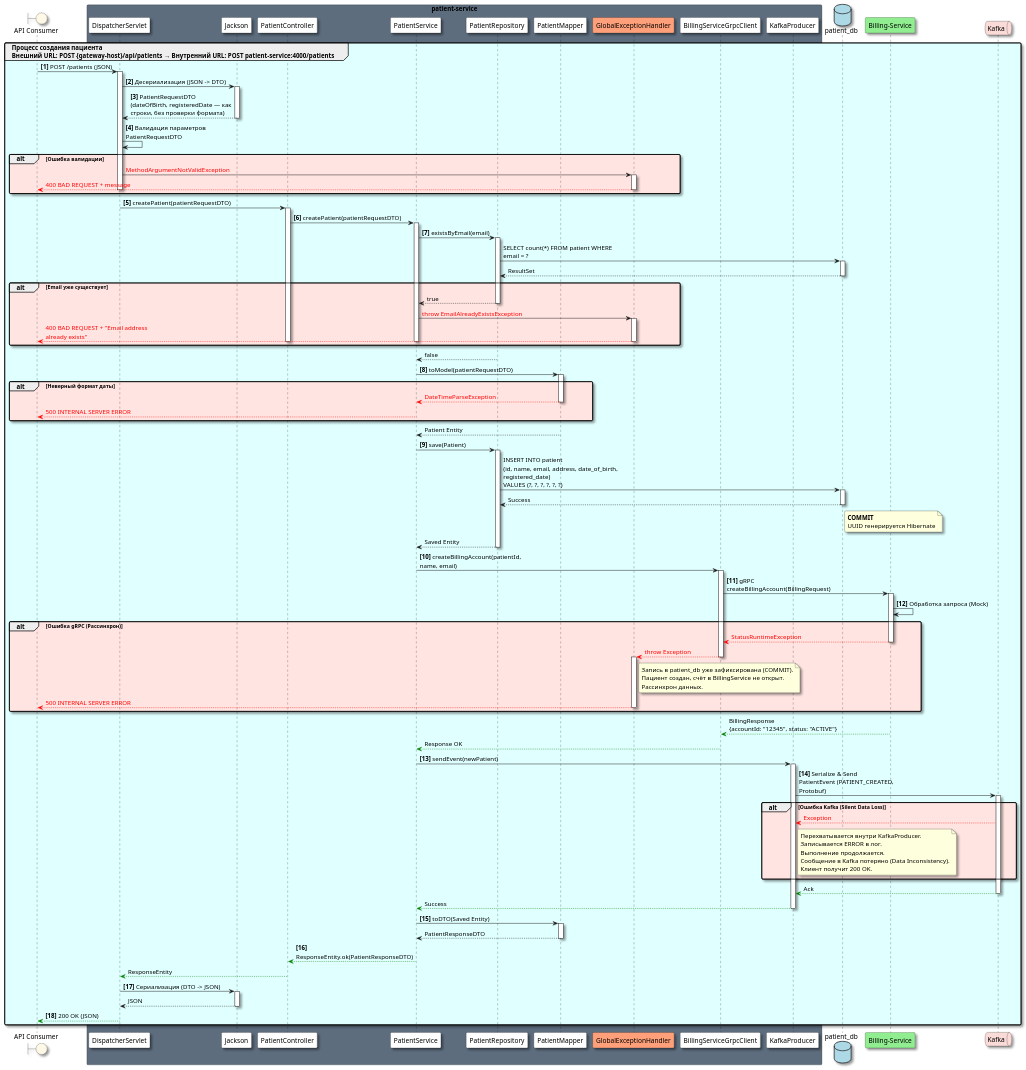
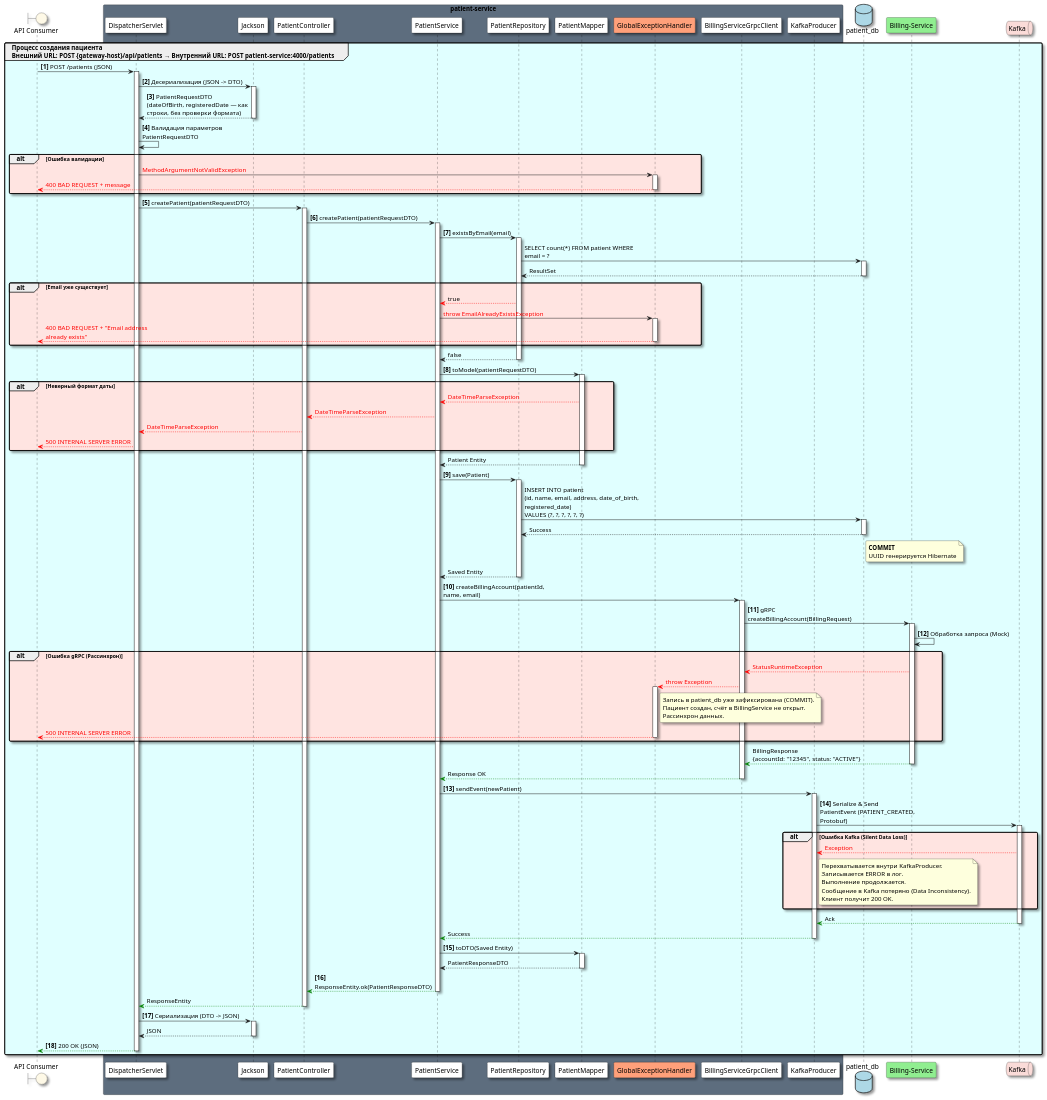
Before and after one commit to ni1a207/Healthcare-System: the diagram in Docs/As-is/Diagrams/POST.patients.puml, drawn with PlantUML. The commit also changed 5 other files, not shown here.

```diff
--- a/Docs/As-is/Diagrams/POST.patients.puml
+++ b/Docs/As-is/Diagrams/POST.patients.puml
@@ -1,148 +1,108 @@
 @startuml
 skinparam Shadowing true
 skinparam RoundCorner 5
 skinparam MaxMessageSize 250
 
 boundary "API Consumer" as AC #FEF9E7
 
 box "patient-service" #5D6D7E
     participant "DispatcherServlet" as DS #White
     participant "Jackson" as Jackson #White
     participant "PatientController" as Ctrl #White
     participant "PatientService" as Service #White
     participant "PatientRepository" as Repo #White
     participant "PatientMapper" as Mapper #White
     participant "GlobalExceptionHandler" as GEH #LightSalmon
     participant "BillingServiceGrpcClient" as Grpc #White
     participant "KafkaProducer" as Kafka #White
 end box
 
 database "patient_db" as DB #LightBlue
 participant "Billing-Service" as BS #LightGreen
 queue "Kafka" as KF #FADBD8
 
 group #LightCyan Процесс создания пациента\nВнешний URL: POST {gateway-host}/api/patients → Внутренний URL: POST patient-service:4000/patients
 
-    AC -> DS: **[1]** POST /patients (JSON)
-    activate DS
+    AC -> DS ++: **[1]** POST /patients (JSON)
 
-    DS -> Jackson: **[2]** Десериализация (JSON -> DTO)
-    activate Jackson
-    Jackson --> DS: **[3]** PatientRequestDTO\n(dateOfBirth, registeredDate — как строки, без проверки формата)
-    deactivate Jackson
+    DS -> Jackson ++: **[2]** Десериализация (JSON -> DTO)
+    Jackson --> DS --: **[3]** PatientRequestDTO\n(dateOfBirth, registeredDate — как строки, без проверки формата)
 
     DS -> DS: **[4]** Валидация параметров PatientRequestDTO
     alt #MistyRose Ошибка валидации
-        DS -> GEH: <color:#red>MethodArgumentNotValidException</color>
-        activate GEH
+        DS -> GEH ++: <color:#red>MethodArgumentNotValidException</color>
         GEH --[#red]> AC: <color:#red>400 BAD REQUEST + message</color>
         deactivate GEH
-        deactivate DS
     end
 
-    DS -> Ctrl: **[5]** createPatient(patientRequestDTO)
-    activate Ctrl
-
-    Ctrl -> Service: **[6]** createPatient(patientRequestDTO)
-    activate Service
-
-    Service -> Repo: **[7]** existsByEmail(email)
-    activate Repo
-    Repo -> DB: SELECT count(*) FROM patient WHERE email = ?
-    activate DB
-    DB --> Repo: ResultSet
-    deactivate DB
+    DS -> Ctrl ++: **[5]** createPatient(patientRequestDTO)
+    Ctrl -> Service ++: **[6]** createPatient(patientRequestDTO)
+    Service -> Repo ++: **[7]** existsByEmail(email)
+    Repo -> DB ++: SELECT count(*) FROM patient WHERE email = ?
+    DB --> Repo --: ResultSet
 
     alt #MistyRose Email уже существует
-        Repo --> Service: true
-        deactivate Repo
-        Service -> GEH: <color:#red>throw EmailAlreadyExistsException</color>
-        activate GEH
+        Repo --[#red]> Service: true
+        Service -> GEH ++: <color:#red>throw EmailAlreadyExistsException</color>
         GEH --[#red]> AC: <color:#red>400 BAD REQUEST + "Email address already exists"</color>
         deactivate GEH
-        deactivate Service
-        deactivate Ctrl
-        deactivate DS
     end
-    Repo --> Service: false
-    deactivate Repo
 
-    Service -> Mapper: **[8]** toModel(patientRequestDTO)
-    activate Mapper
+    Repo --> Service --: false
+
+    Service -> Mapper ++: **[8]** toModel(patientRequestDTO)
     alt #MistyRose Неверный формат даты
         Mapper --[#red]> Service: <color:#red>DateTimeParseException</color>
-        deactivate Mapper
-        Service --[#red]> AC: <color:#red>500 INTERNAL SERVER ERROR</color>
-        deactivate Service
-        deactivate Ctrl
-        deactivate DS
+        Service --[#red]> Ctrl: <color:#red>DateTimeParseException</color>
+        Ctrl --[#red]> DS: <color:#red>DateTimeParseException</color>
+        DS --[#red]> AC: <color:#red>500 INTERNAL SERVER ERROR</color>
     end
-    Mapper --> Service: Patient Entity
-    deactivate Mapper
+    Mapper --> Service --: Patient Entity
 
-    Service -> Repo: **[9]** save(Patient)
-    activate Repo
-    Repo -> DB: INSERT INTO patient\n(id, name, email, address, date_of_birth, registered_date)\nVALUES (?, ?, ?, ?, ?, ?)
-    activate DB
-    DB --> Repo: Success
-    deactivate DB
+    Service -> Repo ++: **[9]** save(Patient)
+    Repo -> DB ++: INSERT INTO patient\n(id, name, email, address, date_of_birth, registered_date)\nVALUES (?, ?, ?, ?, ?, ?)
+    DB --> Repo --: Success
     note right of DB: **COMMIT**\nUUID генерируется Hibernate
-    Repo --> Service: Saved Entity
-    deactivate Repo
+    Repo --> Service --: Saved Entity
 
-    Service -> Grpc: **[10]** createBillingAccount(patientId, name, email)
-    activate Grpc
-    Grpc -> BS: **[11]** gRPC createBillingAccount(BillingRequest)
-    activate BS
+    Service -> Grpc ++: **[10]** createBillingAccount(patientId, name, email)
+    Grpc -> BS ++: **[11]** gRPC createBillingAccount(BillingRequest)
     BS -> BS: **[12]** Обработка запроса (Mock)
+
     alt #MistyRose Ошибка gRPC (Рассинхрон)
         BS --[#red]> Grpc: <color:#red>StatusRuntimeException</color>
-        deactivate BS
-        Grpc --[#red]> GEH: <color:#red>throw Exception</color>
-        deactivate Grpc
-        activate GEH
+        Grpc --[#red]> GEH ++: <color:#red>throw Exception</color>
         note right of GEH: Запись в patient_db уже зафиксирована (COMMIT).\nПациент создан, счёт в BillingService не открыт.\nРассинхрон данных.
         GEH --[#red]> AC: <color:#red>500 INTERNAL SERVER ERROR</color>
         deactivate GEH
-        deactivate Service
-        deactivate Ctrl
-        deactivate DS
     end
-    BS --[#green]> Grpc: BillingResponse\n{accountId: "12345", status: "ACTIVE"}
-    deactivate BS
-    Grpc --[#green]> Service: Response OK
-    deactivate Grpc
 
-    Service -> Kafka: **[13]** sendEvent(newPatient)
-    activate Kafka
-    Kafka -> KF: **[14]** Serialize & Send\nPatientEvent (PATIENT_CREATED, Protobuf)
-    activate KF
+    BS --[#green]> Grpc --: BillingResponse\n{accountId: "12345", status: "ACTIVE"}
+    Grpc --[#green]> Service --: Response OK
+
+    Service -> Kafka ++: **[13]** sendEvent(newPatient)
+    Kafka -> KF ++: **[14]** Serialize & Send\nPatientEvent (PATIENT_CREATED, Protobuf)
     alt #MistyRose Ошибка Kafka (Silent Data Loss)
         KF --[#red]> Kafka: <color:#red>Exception</color>
         note right of Kafka: Перехватывается внутри KafkaProducer.\nЗаписывается ERROR в лог.\nВыполнение продолжается.\nСообщение в Kafka потеряно (Data Inconsistency).\nКлиент получит 200 OK.
     end
-    KF --[#green]> Kafka: Ack
-    deactivate KF
-    Kafka --[#green]> Service: Success
+    KF --[#green]> Kafka --: Ack
+    Kafka --[#green]> Service --: Success
+
+    Service -> Mapper ++: **[15]** toDTO(Saved Entity)
+    Mapper --> Service --: PatientResponseDTO
+
+    Service --[#green]> Ctrl --: **[16]** ResponseEntity.ok(PatientResponseDTO)
+    Ctrl --[#green]> DS --: ResponseEntity
+
+    DS -> Jackson ++: **[17]** Сериализация (DTO -> JSON)
+    Jackson --> DS --: JSON
+
+    DS --[#green]> AC --: **[18]** 200 OK (JSON)
+    deactivate Repo
+    deactivate Mapper
+    deactivate Grpc
     deactivate Kafka
 
-    Service -> Mapper: **[15]** toDTO(Saved Entity)
-    activate Mapper
-    Mapper --> Service: PatientResponseDTO
-    deactivate Mapper
-
-    Service --[#green]> Ctrl: **[16]** ResponseEntity.ok(PatientResponseDTO)
-    deactivate Service
-
-    Ctrl --[#green]> DS: ResponseEntity
-    deactivate Ctrl
-
-    DS -> Jackson: **[17]** Сериализация (DTO -> JSON)
-    activate Jackson
-    Jackson --> DS: JSON
-    deactivate Jackson
-
-    DS --[#green]> AC: **[18]** 200 OK (JSON)
-    deactivate DS
 end
 @enduml
```
